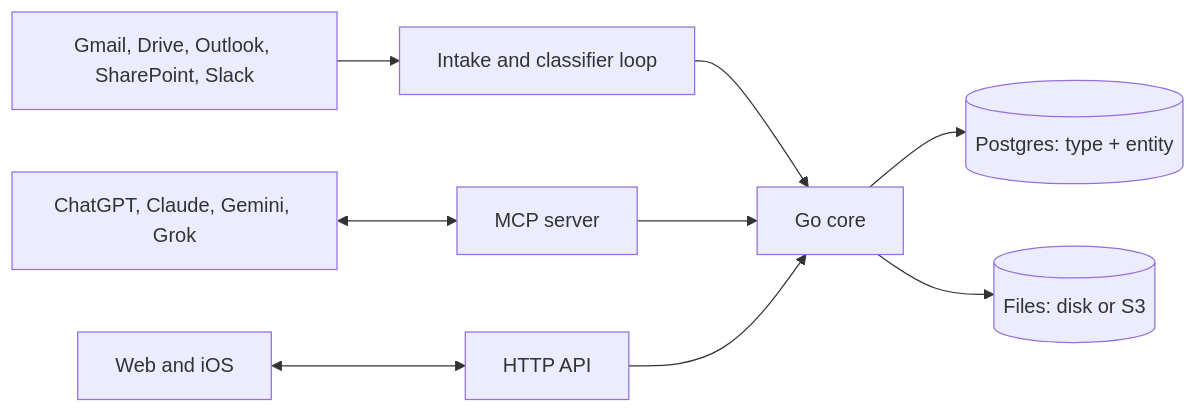
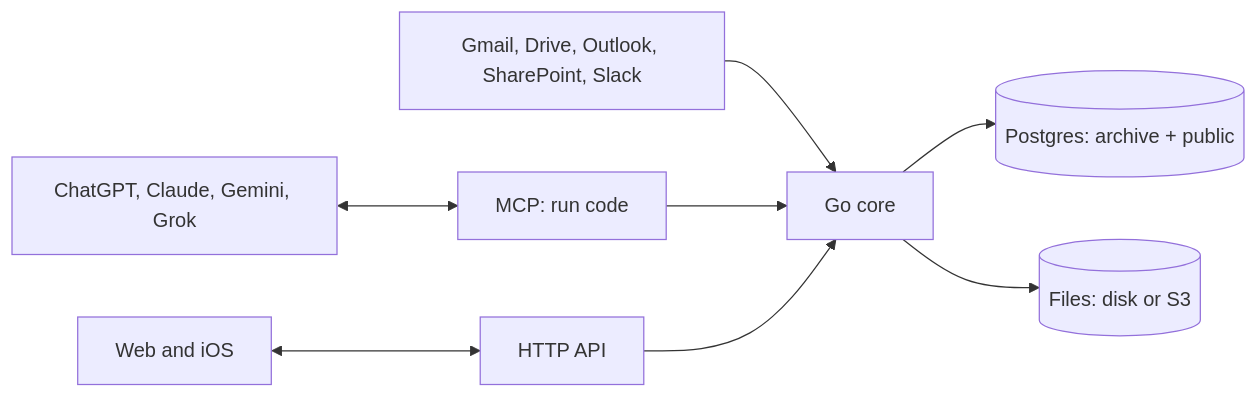
Before and after one commit to Mulholland-Inc/archive: the diagram in docs/adr/0001-architecture.md, drawn with Mermaid. The commit also changed other lines of this file and 40 other files, not shown here.

Commit message:
Real tables per type, declarative DDL, and code mode as the only agent tool

````diff
--- a/docs/adr/0001-architecture.md
+++ b/docs/adr/0001-architecture.md
@@ -11,9 +11,8 @@
 ```mermaid
 flowchart LR
-  Connectors[Gmail, Drive, Outlook, SharePoint, Slack] --> Intake[Intake and classifier loop]
-  Intake --> Core[Go core]
-  Apps[ChatGPT, Claude, Gemini, Grok] <--> MCP[MCP server] --> Core
+  Connectors[Gmail, Drive, Outlook, SharePoint, Slack] --> Core[Go core]
+  Apps[ChatGPT, Claude, Gemini, Grok] <--> MCP[MCP: run code] --> Core
   Clients[Web and iOS] <--> API[HTTP API] --> Core
-  Core --> PG[(Postgres: type + entity)]
+  Core --> PG[(Postgres: archive + public)]
   Core --> Files[(Files: disk or S3)]
 ```
````
